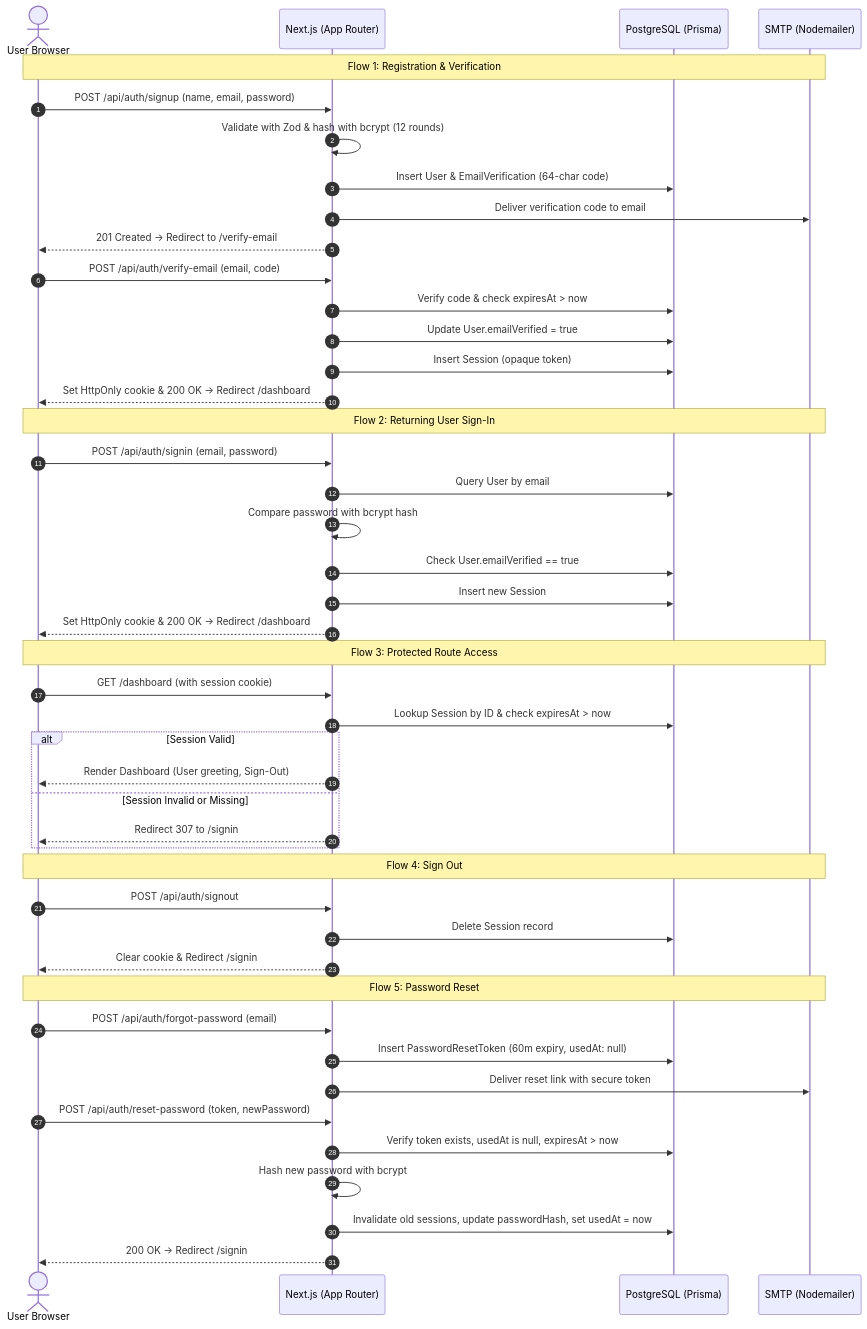
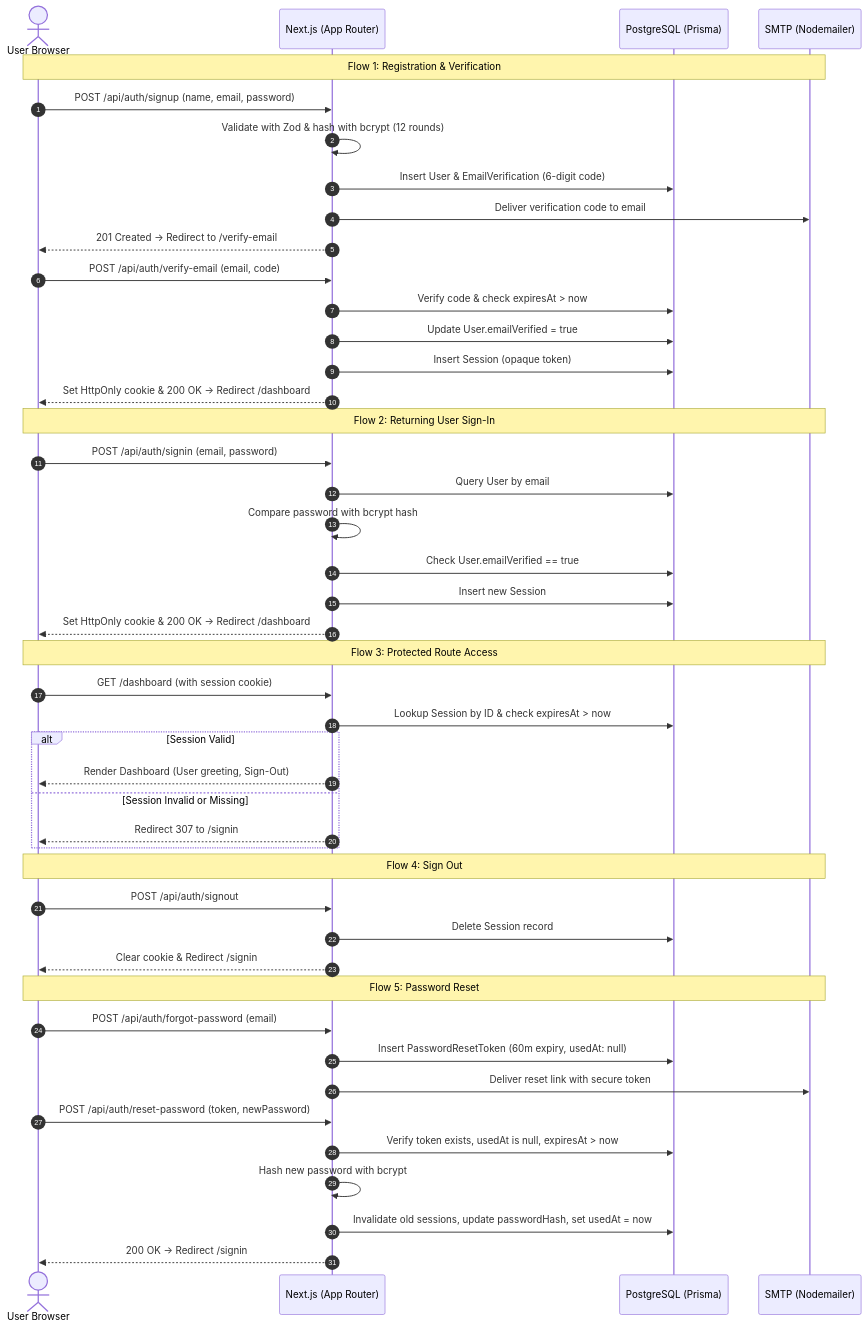
The diagram in DOCUMENTATION.md (sommyogeui/Authentication-slice), drawn with Mermaid before and after one commit. The commit also changed other lines of this file and 2 other files, not shown here.

Commit message:
Align email verification flow

````diff
--- a/DOCUMENTATION.md
+++ b/DOCUMENTATION.md
@@ -65,57 +65,57 @@
 ```mermaid
 sequenceDiagram
     autonumber
     actor User as User Browser
     participant App as Next.js (App Router)
     participant DB as PostgreSQL (Prisma)
     participant SMTP as SMTP (Nodemailer)
 
     %% Registration Flow
     Note over User,SMTP: Flow 1: Registration & Verification
     User->>App: POST /api/auth/signup (name, email, password)
     App->>App: Validate with Zod & hash with bcrypt (12 rounds)
-    App->>DB: Insert User & EmailVerification (64-char code)
+    App->>DB: Insert User & EmailVerification (6-digit code)
     App->>SMTP: Deliver verification code to email
     App-->>User: 201 Created -> Redirect to /verify-email
     User->>App: POST /api/auth/verify-email (email, code)
     App->>DB: Verify code & check expiresAt > now
     App->>DB: Update User.emailVerified = true
     App->>DB: Insert Session (opaque token)
     App-->>User: Set HttpOnly cookie & 200 OK -> Redirect /dashboard
 
     %% Returning User Flow
     Note over User,SMTP: Flow 2: Returning User Sign-In
     User->>App: POST /api/auth/signin (email, password)
     App->>DB: Query User by email
     App->>App: Compare password with bcrypt hash
     App->>DB: Check User.emailVerified == true
     App->>DB: Insert new Session
     App-->>User: Set HttpOnly cookie & 200 OK -> Redirect /dashboard
 
     %% Protected Dashboard Flow
     Note over User,SMTP: Flow 3: Protected Route Access
     User->>App: GET /dashboard (with session cookie)
     App->>DB: Lookup Session by ID & check expiresAt > now
     alt Session Valid
         App-->>User: Render Dashboard (User greeting, Sign-Out)
     else Session Invalid or Missing
         App-->>User: Redirect 307 to /signin
     end
 
     %% Sign Out Flow
     Note over User,SMTP: Flow 4: Sign Out
     User->>App: POST /api/auth/signout
     App->>DB: Delete Session record
     App-->>User: Clear cookie & Redirect /signin
 
     %% Password Reset Flow
     Note over User,SMTP: Flow 5: Password Reset
     User->>App: POST /api/auth/forgot-password (email)
     App->>DB: Insert PasswordResetToken (60m expiry, usedAt: null)
     App->>SMTP: Deliver reset link with secure token
     User->>App: POST /api/auth/reset-password (token, newPassword)
     App->>DB: Verify token exists, usedAt is null, expiresAt > now
     App->>App: Hash new password with bcrypt
     App->>DB: Invalidate old sessions, update passwordHash, set usedAt = now
     App-->>User: 200 OK -> Redirect /signin
 ```
````
